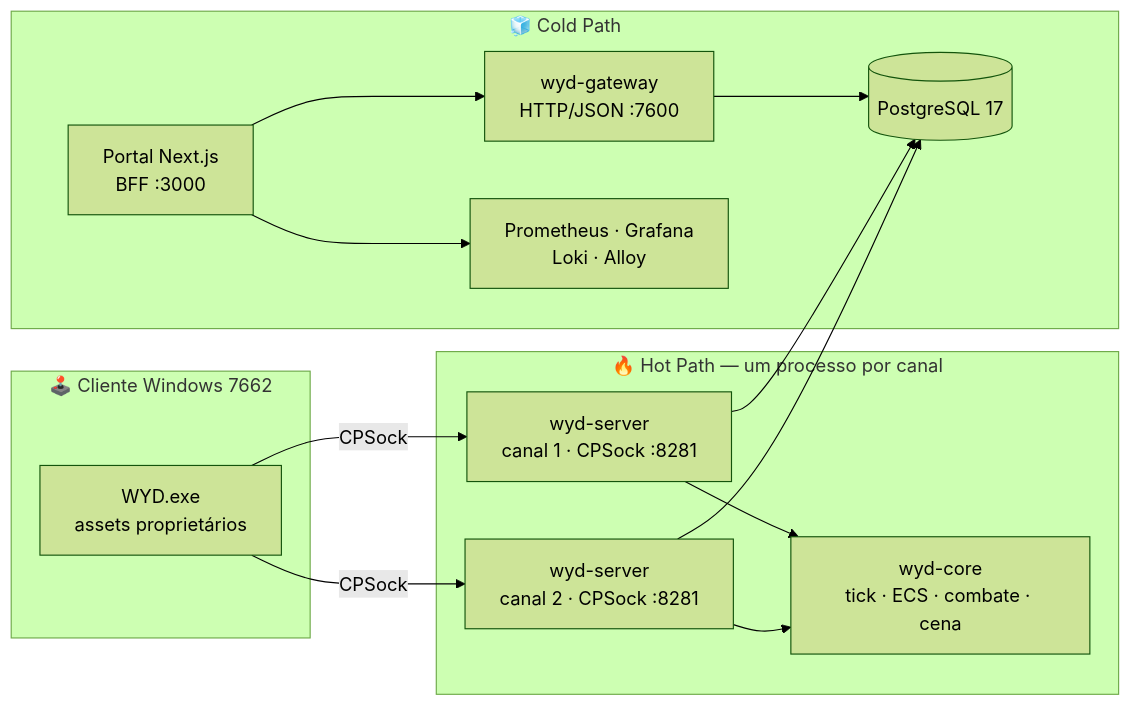
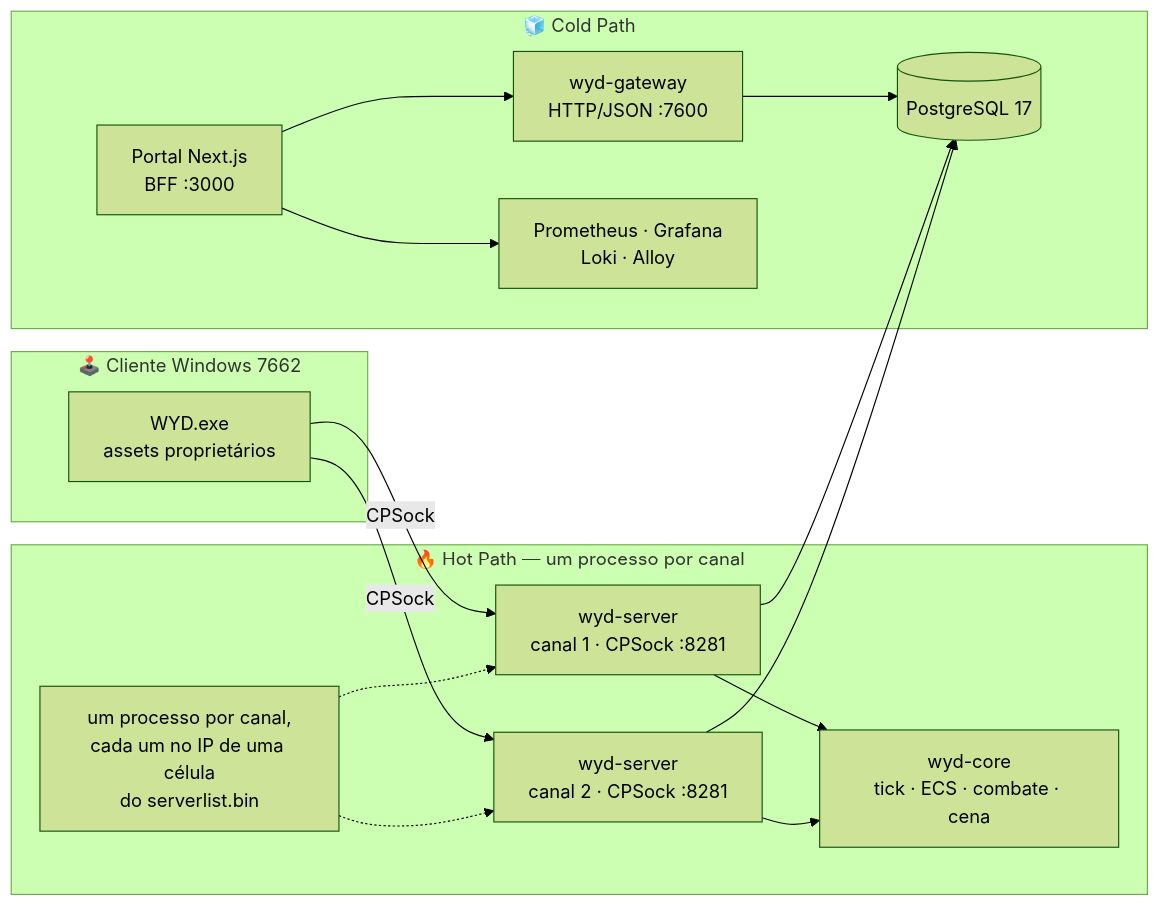
Before and after one commit to lucascantarelli/OpenWYD-NextGen: the first of 2 diagrams in README.md, drawn with Mermaid (forest theme). The commit also changed other lines of this file and 21 other files, not shown here.

````diff
--- a/README.md
+++ b/README.md
@@ -58,29 +58,32 @@
 ```mermaid
 flowchart LR
   subgraph CLIENTE["🕹️ Cliente Windows 7662"]
     C["WYD.exe<br/>assets proprietários"]
   end
 
   subgraph HOT["🔥 Hot Path — um processo por canal"]
     S1["wyd-server<br/>canal 1 · CPSock :8281"]
     S2["wyd-server<br/>canal 2 · CPSock :8281"]
+    NOTE["um processo por canal,<br/>cada um no IP de uma célula<br/>do serverlist.bin"]
     CORE["wyd-core<br/>tick · ECS · combate · cena"]
   end
 
   subgraph COLD["🧊 Cold Path"]
     P["Portal Next.js<br/>BFF :3000"]
     G["wyd-gateway<br/>HTTP/JSON :7600"]
     DB[("PostgreSQL 17")]
     OBS["Prometheus · Grafana<br/>Loki · Alloy"]
   end
 
   C -->|CPSock| S1
   C -->|CPSock| S2
   S1 --> CORE
   S2 --> CORE
+  NOTE -.-> S1
+  NOTE -.-> S2
   S1 --> DB
   S2 --> DB
   P --> G
   G --> DB
   P --> OBS
 ```
````
